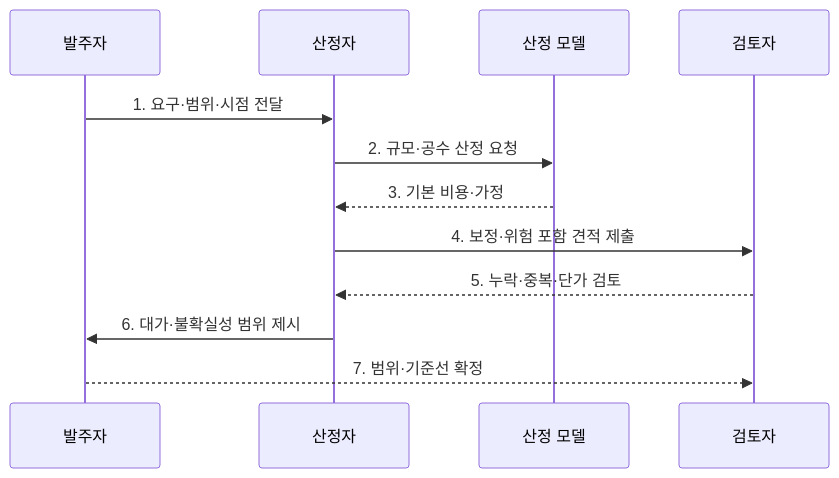
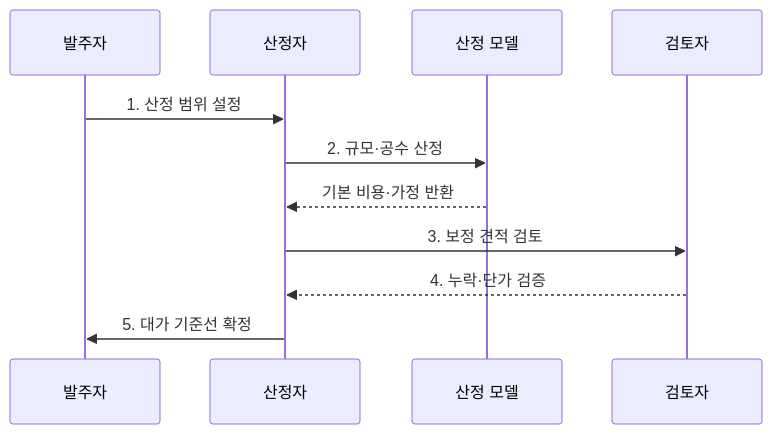
One commit to agnusdei1207/knowledge-base changed the second of 2 diagrams in src/content/docs/notes/03-software/075_software_cost_estimation.md. Above: the diagram before and after it, drawn with Mermaid. The commit also changed other lines of this file and 238 other files, not shown here.

````diff
--- a/src/content/docs/notes/03-software/075_software_cost_estimation.md
+++ b/src/content/docs/notes/03-software/075_software_cost_estimation.md
@@ -80,14 +80,13 @@
 ```mermaid
 sequenceDiagram
     participant B as 발주자
     participant E as 산정자
     participant M as 산정 모델
     participant R as 검토자
-    B->>E: 1. 요구·범위·시점 전달
-    E->>M: 2. 규모·공수 산정 요청
-    M-->>E: 3. 기본 비용·가정
-    E->>R: 4. 보정·위험 포함 견적 제출
-    R-->>E: 5. 누락·중복·단가 검토
-    E->>B: 6. 대가·불확실성 범위 제시
-    B-->>R: 7. 범위·기준선 확정
+    B->>E: 1. 산정 범위 설정
+    E->>M: 2. 규모·공수 산정
+    M-->>E: 기본 비용·가정 반환
+    E->>R: 3. 보정 견적 검토
+    R-->>E: 4. 누락·단가 검증
+    E->>B: 5. 대가 기준선 확정
 ```
````
